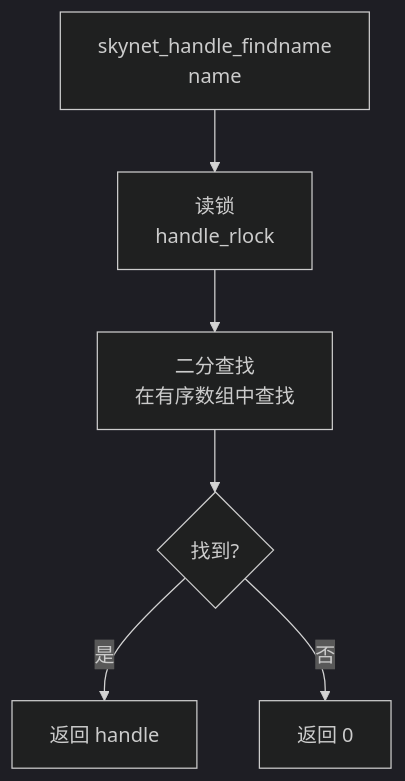
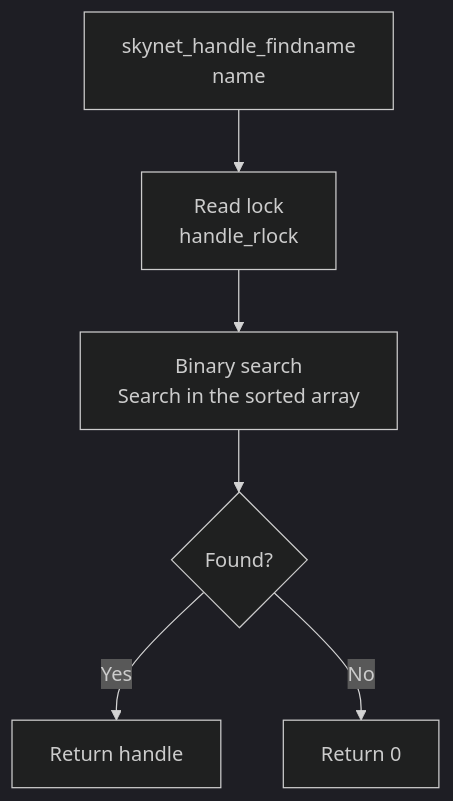
The fifth of 6 diagrams in docs/analysis/skynet-handle.md (cuihairu/skynet), drawn with Mermaid (dark theme) before and after one commit. The commit also changed other lines of this file and 86 other files, not shown here.

````diff
--- a/docs/analysis/skynet-handle.md
+++ b/docs/analysis/skynet-handle.md
@@ -384,8 +384,8 @@
 ```mermaid
 graph TD
-    A[skynet_handle_findname<br/>name] --> B[读锁<br/>handle_rlock]
-    B --> C[二分查找<br/>在有序数组中查找]
-    C --> D{找到?}
-    D -->|是| E[返回 handle]
-    D -->|否| F[返回 0]
+    A[skynet_handle_findname<br/>name] --> B[Read lock<br/>handle_rlock]
+    B --> C[Binary search<br/>Search in the sorted array]
+    C --> D{Found?}
+    D -->|Yes| E[Return handle]
+    D -->|No| F[Return 0]
 ```
````
